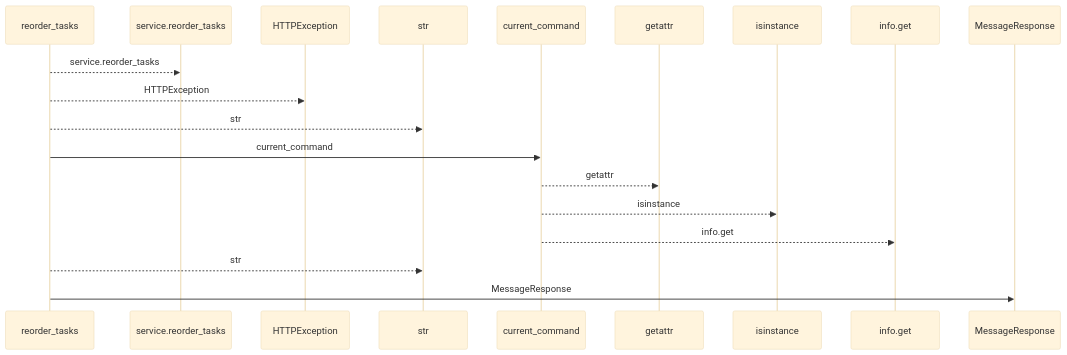
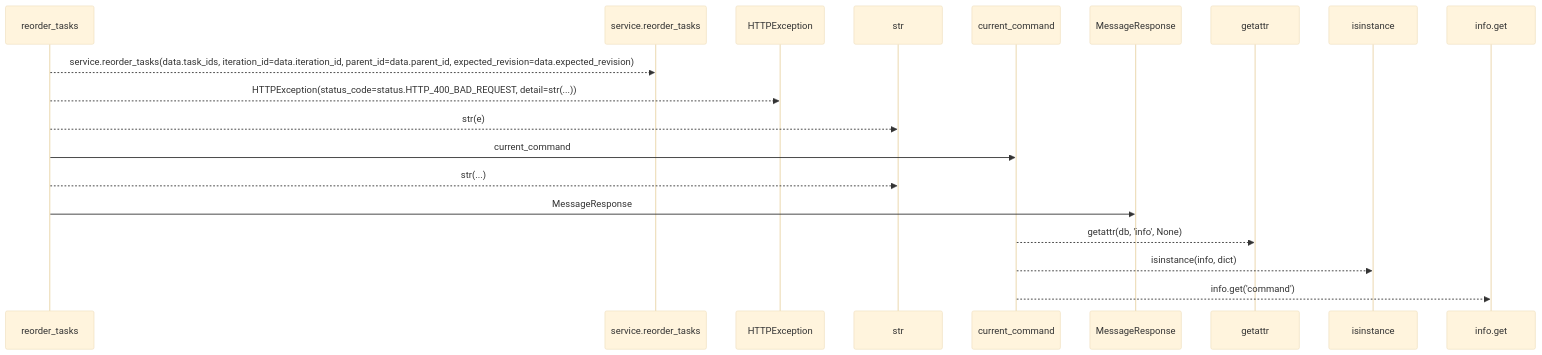
Before and after one commit to Denissvgn/WorkChord: the first of 2 diagrams in docs/llm_wiki/flows/http-reorder_tasks.md, drawn with Mermaid (base theme). The commit also changed other lines of this file and 25171 other files, not shown here.

````diff
--- a/docs/llm_wiki/flows/http-reorder_tasks.md
+++ b/docs/llm_wiki/flows/http-reorder_tasks.md
@@ -10,21 +12,21 @@
 ```mermaid
 sequenceDiagram
     participant p0 as reorder_tasks
     participant p1 as service.reorder_tasks
     participant p2 as HTTPException
     participant p3 as str
     participant p4 as current_command
-    participant p5 as getattr
-    participant p6 as isinstance
-    participant p7 as info.get
-    participant p8 as MessageResponse
-    p0-->>p1: service.reorder_tasks
-    p0-->>p2: HTTPException
-    p0-->>p3: str
+    participant p5 as MessageResponse
+    participant p6 as getattr
+    participant p7 as isinstance
+    participant p8 as info.get
+    p0-->>p1: service.reorder_tasks(data.task_ids, iteration_id=data.iteration_id, parent_id=data.parent_id, expected_revision=data.expected_revision)
+    p0-->>p2: HTTPException(status_code=status.HTTP_400_BAD_REQUEST, detail=str(...))
+    p0-->>p3: str(e)
     p0->>p4: current_command
-    p4-->>p5: getattr
-    p4-->>p6: isinstance
-    p4-->>p7: info.get
-    p0-->>p3: str
-    p0->>p8: MessageResponse
+    p0-->>p3: str(...)
+    p0->>p5: MessageResponse
+    p4-->>p6: getattr(db, 'info', None)
+    p4-->>p7: isinstance(info, dict)
+    p4-->>p8: info.get('command')
 ```
````
